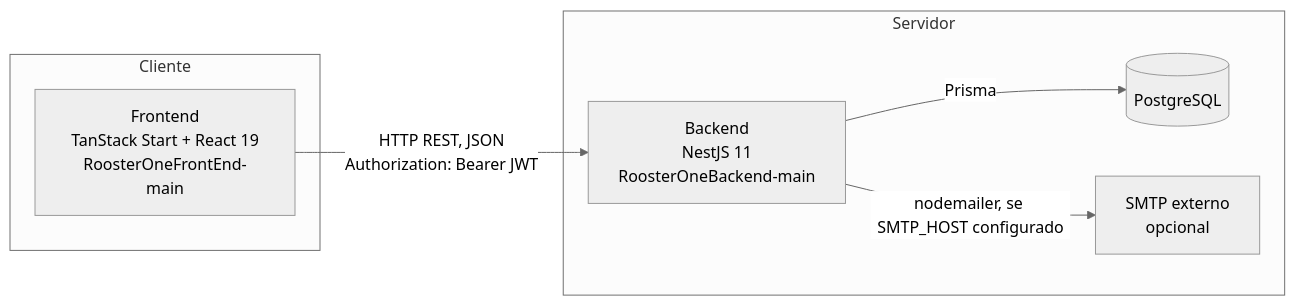
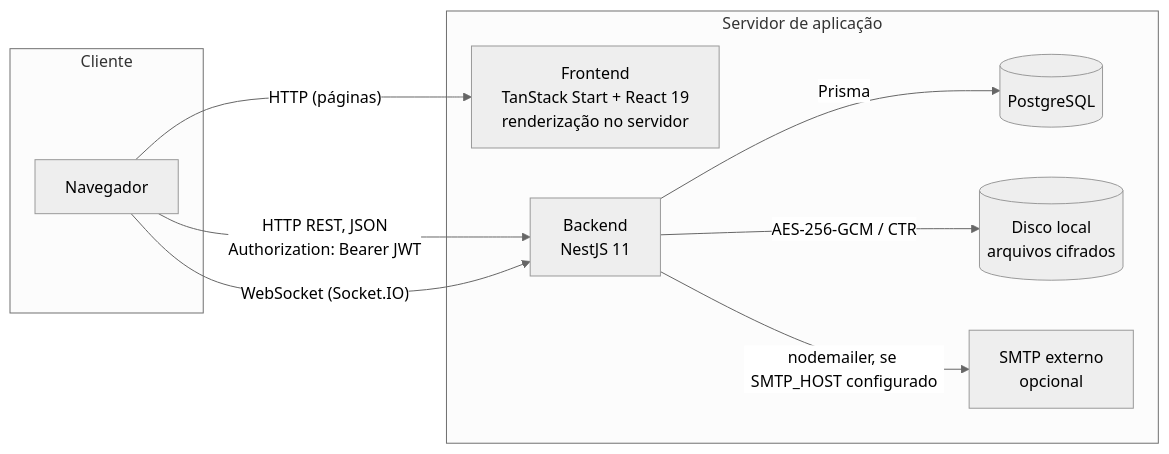
Before and after one commit to bebberjoao/RoosterOneBackend: the first of 4 diagrams in docs/engineering/01-arquitetura-geral.md, drawn with Mermaid (neutral theme). The commit also changed other lines of this file and 14 other files, not shown here.

````diff
--- a/docs/engineering/01-arquitetura-geral.md
+++ b/docs/engineering/01-arquitetura-geral.md
@@ -7,14 +7,19 @@
 ```mermaid
 flowchart LR
     subgraph Cliente
-        F[Frontend<br/>TanStack Start + React 19<br/>RoosterOneFrontEnd-main]
+        N[Navegador]
     end
-    subgraph Servidor
-        B[Backend<br/>NestJS 11<br/>RoosterOneBackend-main]
+    subgraph Servidor de aplicação
+        F[Frontend<br/>TanStack Start + React 19<br/>renderização no servidor]
+        B[Backend<br/>NestJS 11]
         DB[(PostgreSQL)]
+        FS[(Disco local<br/>arquivos cifrados)]
         M[SMTP externo<br/>opcional]
     end
-    F -- "HTTP REST, JSON<br/>Authorization: Bearer JWT" --> B
+    N -- "HTTP (páginas)" --> F
+    N -- "HTTP REST, JSON<br/>Authorization: Bearer JWT" --> B
+    N -- "WebSocket (Socket.IO)" --> B
     B -- Prisma --> DB
-    B -- nodemailer, se SMTP_HOST configurado --> M
+    B -- "AES-256-GCM / CTR" --> FS
+    B -- "nodemailer, se SMTP_HOST configurado" --> M
 ```
````
